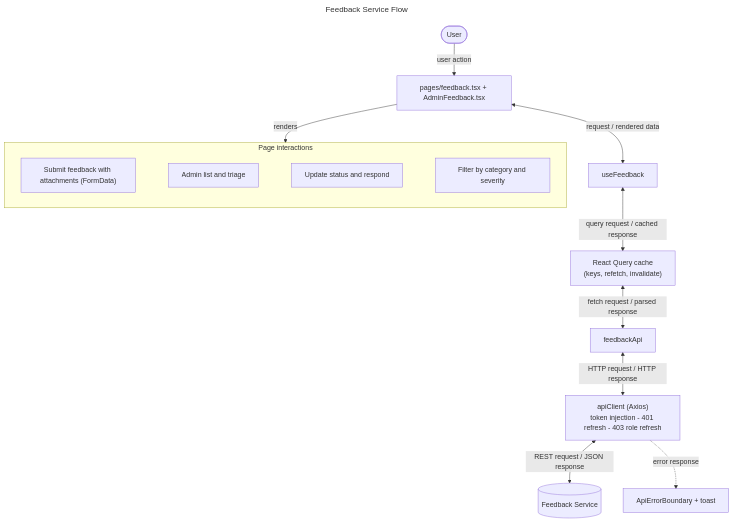
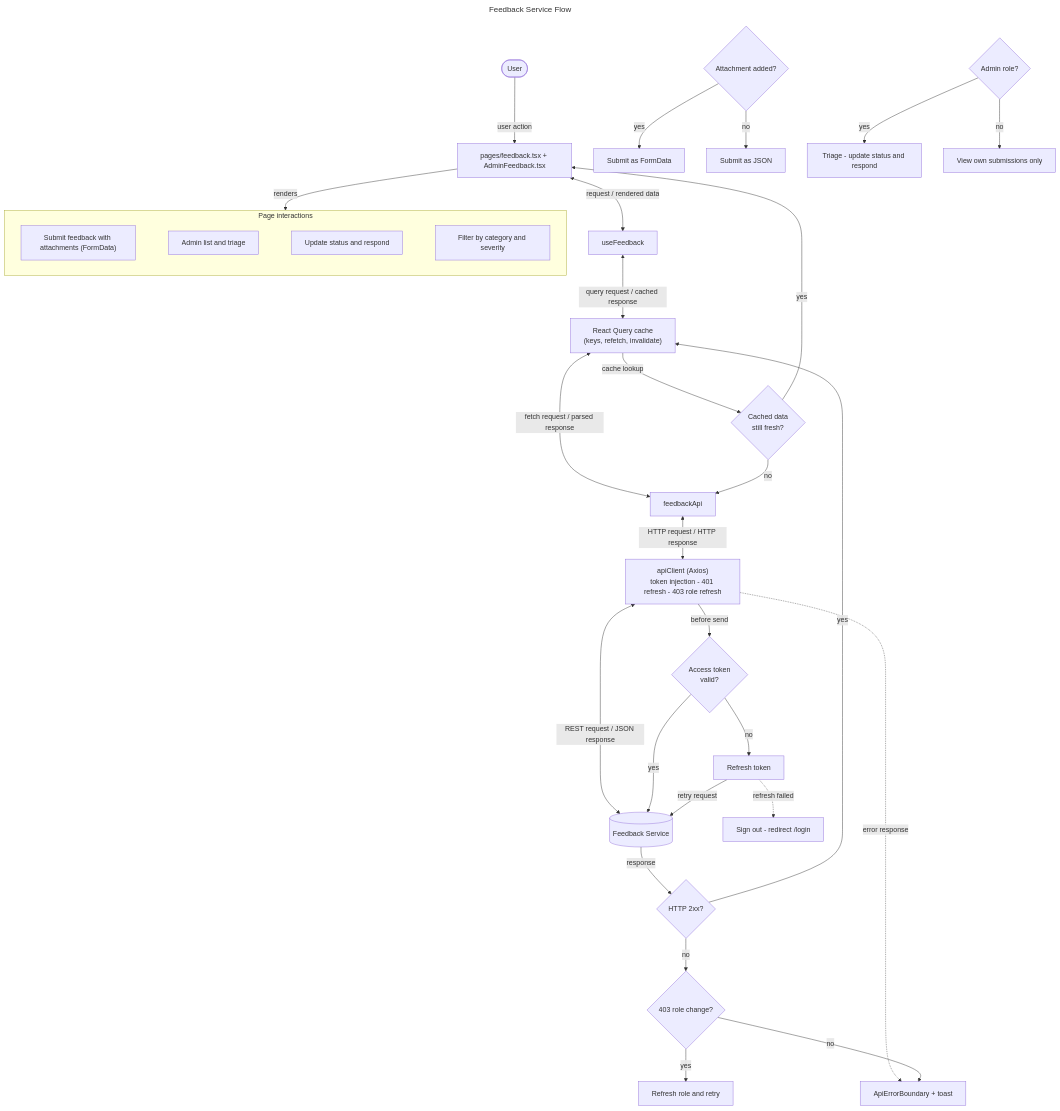
Before and after one commit to sayeeduddinofficial/user-table-view: the diagram in docs/flowcharts/feedback.mmd, drawn with Mermaid. The commit also changed 18 other files, not shown here.

```diff
--- a/docs/flowcharts/feedback.mmd
+++ b/docs/flowcharts/feedback.mmd
@@ -1,20 +1,40 @@
 ---
 title: Feedback Service Flow
 ---
 flowchart TD
   U([User]) -->|"user action"| P["pages/feedback.tsx + AdminFeedback.tsx"]
   P <-->|"request / rendered data"| H["useFeedback"]
   H <-->|"query request / cached response"| Q["React Query cache<br/>(keys, refetch, invalidate)"]
   Q <-->|"fetch request / parsed response"| A["feedbackApi"]
   A <-->|"HTTP request / HTTP response"| C["apiClient (Axios)<br/>token injection - 401 refresh - 403 role refresh"]
   C <-->|"REST request / JSON response"| S[("Feedback Service")]
   P -->|"renders"| UI
   subgraph UI[Page interactions]
     direction LR
     S0["Submit feedback with attachments (FormData)"]
     S1["Admin list and triage"]
     S2["Update status and respond"]
     S3["Filter by category and severity"]
     S0 ~~~ S1 ~~~ S2 ~~~ S3
   end
   C -. "error response" .-> E["ApiErrorBoundary + toast"]
+
+  %% ---- Condition-based paths ----
+  Q -->|"cache lookup"| D1{"Cached data<br/>still fresh?"}
+  D1 -->|"yes"| P
+  D1 -->|"no"| A
+  C -->|"before send"| D2{"Access token<br/>valid?"}
+  D2 -->|"yes"| S
+  D2 -->|"no"| RT["Refresh token"]
+  RT -->|"retry request"| S
+  RT -. "refresh failed" .-> LO["Sign out - redirect /login"]
+  S -->|"response"| D3{"HTTP 2xx?"}
+  D3 -->|"yes"| Q
+  D3 -->|"no"| D4{"403 role change?"}
+  D4 -->|"yes"| RR["Refresh role and retry"]
+  D4 -->|"no"| E
+  %% ---- Service specific decisions ----
+  X0{"Attachment added?"} -->|"yes"| X1["Submit as FormData"]
+  X0 -->|"no"| X2["Submit as JSON"]
+  X3{"Admin role?"} -->|"yes"| X4["Triage - update status and respond"]
+  X3 -->|"no"| X5["View own submissions only"]
```
